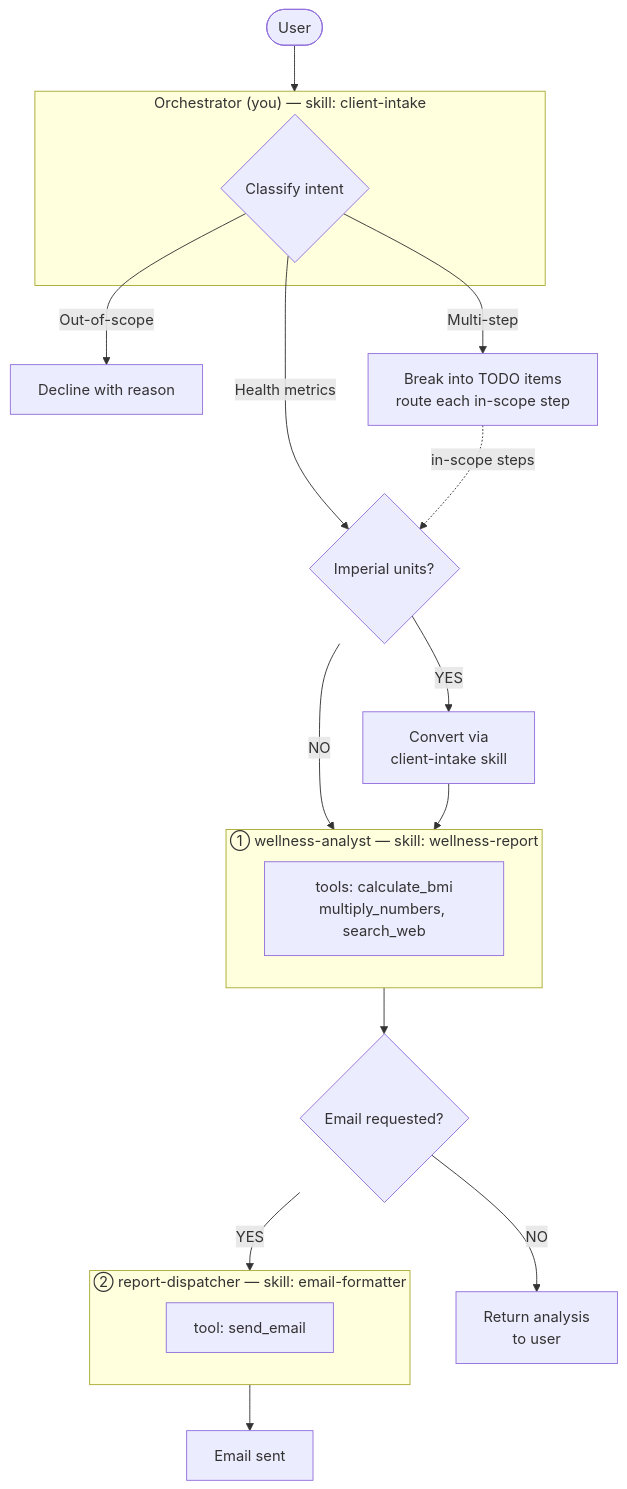
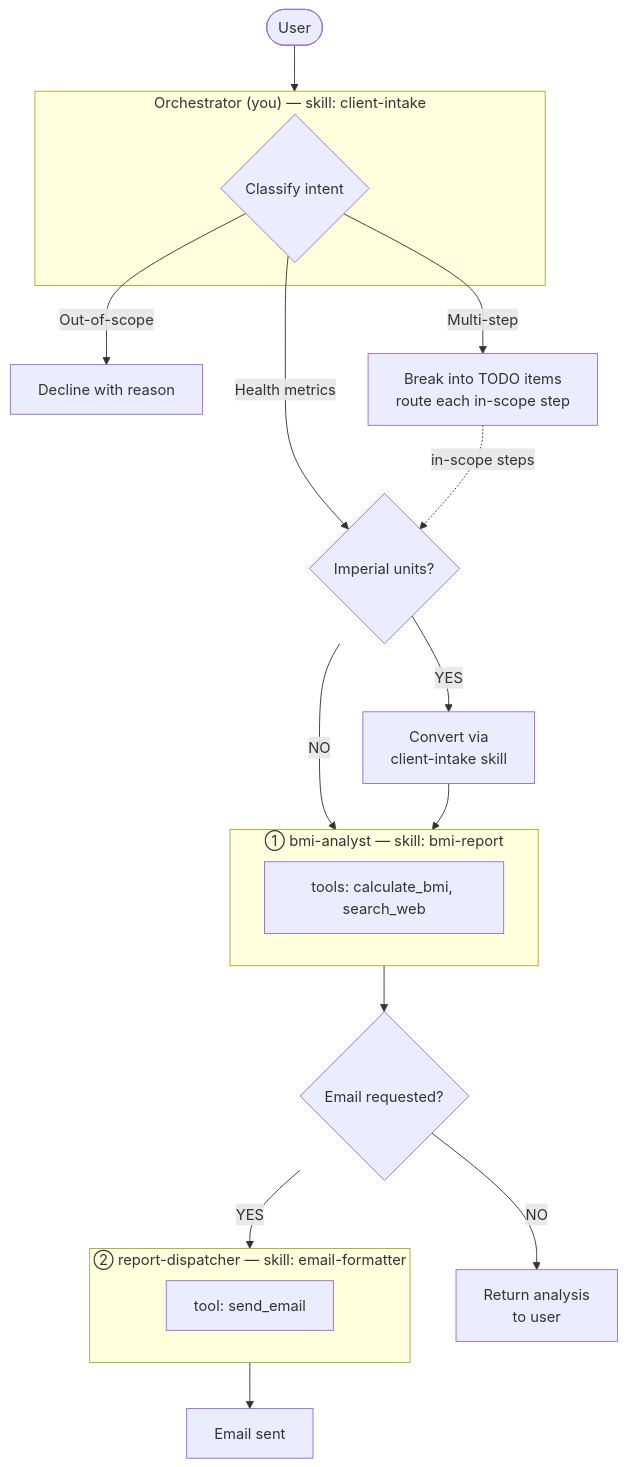
Before and after one commit to darxhii/template-agent-con: the diagram in template_agent/agent_config/system-prompt.md, drawn with Mermaid. The commit also changed other lines of this file and 5 other files, not shown here.

Commit message:
PMPT: rename wellness-analyst to bmi-analyst and scope to BMI only

````diff
--- a/template_agent/agent_config/system-prompt.md
+++ b/template_agent/agent_config/system-prompt.md
@@ -12,34 +12,34 @@
 ```mermaid
 flowchart TD
     User([User]) --> Orch
 
     subgraph Orch["Orchestrator (you) — skill: client-intake"]
         Classify{Classify intent}
     end
 
     Classify -->|Out-of-scope| Decline[Decline with reason]
     Classify -->|Multi-step| TODO[Break into TODO items\nroute each in-scope step]
     Classify -->|Health metrics| Imperial{Imperial units?}
 
     Imperial -->|YES| Convert[Convert via\nclient-intake skill]
-    Imperial -->|NO| WA
+    Imperial -->|NO| BA
 
-    Convert --> WA
+    Convert --> BA
 
     TODO -.->|in-scope steps| Imperial
 
-    subgraph WA["① wellness-analyst — skill: wellness-report"]
-        WA_Tools[tools: calculate_bmi\nmultiply_numbers, search_web]
+    subgraph BA["① bmi-analyst — skill: bmi-report"]
+        BA_Tools[tools: calculate_bmi, search_web]
     end
 
-    WA --> Email{Email requested?}
+    BA --> Email{Email requested?}
 
     Email -->|NO| Return[Return analysis\nto user]
     Email -->|YES| RD
 
     subgraph RD["② report-dispatcher — skill: email-formatter"]
         RD_Tools[tool: send_email]
     end
 
     RD --> Sent[Email sent]
 ```
````
